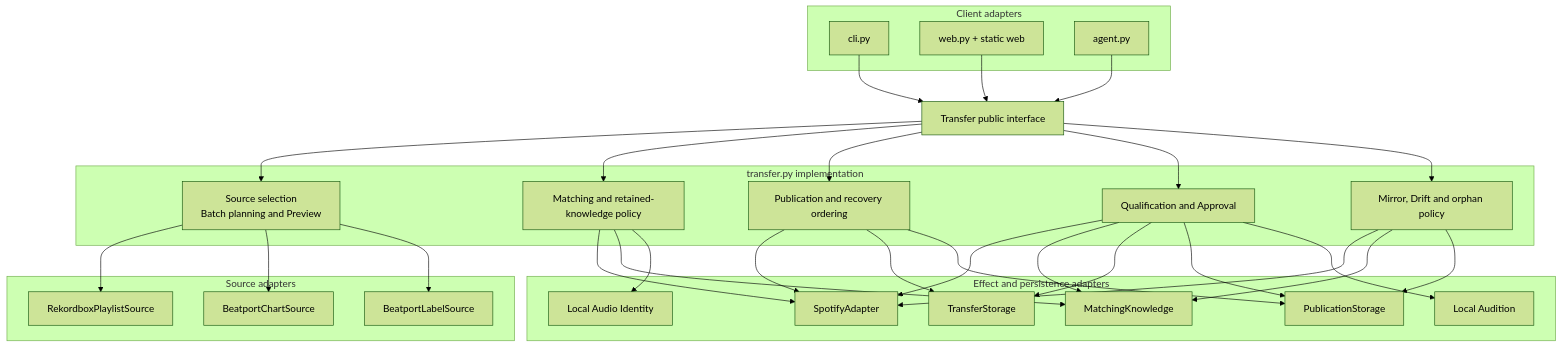
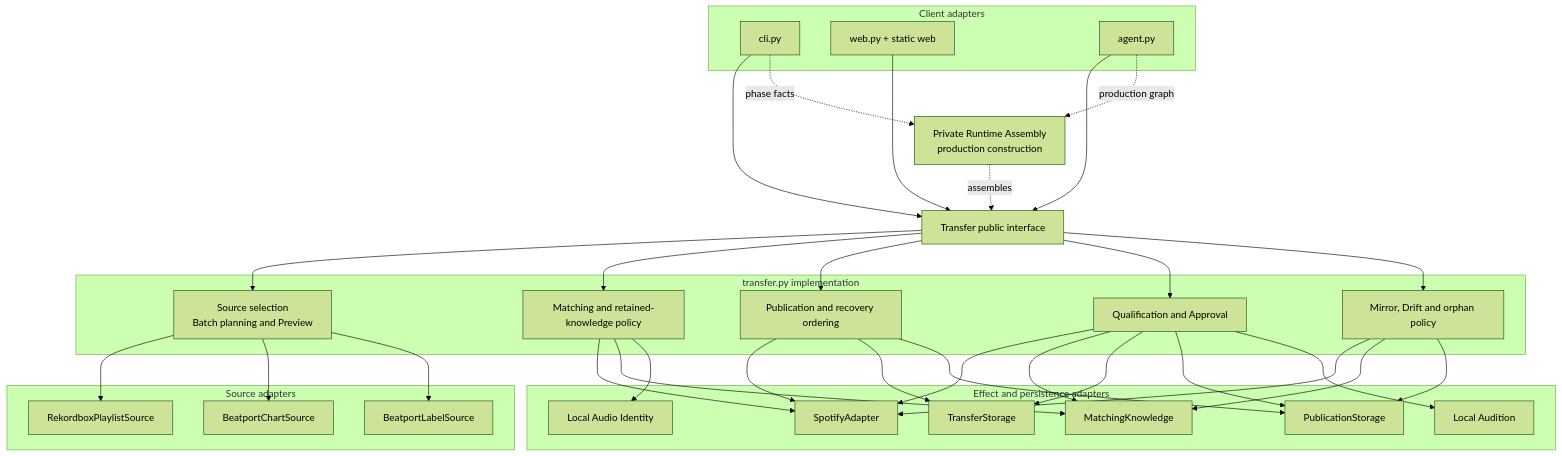
The second of 2 diagrams in docs/architecture.md (spontain112/djsupport), drawn with Mermaid (forest theme) before and after one commit. The commit also changed other lines of this file and 9 other files, not shown here.

Commit message:
refactor: centralize runtime assembly (#135)

````diff
--- a/docs/architecture.md
+++ b/docs/architecture.md
@@ -69,59 +69,63 @@
 ```mermaid
 flowchart TB
     subgraph ClientAdapters["Client adapters"]
         CLI["cli.py"]
         WEB["web.py + static web"]
         AGENT["agent.py"]
     end
 
+    RUNTIME["Private Runtime Assembly<br/>production construction"]
     INTERFACE["Transfer public interface"]
 
     subgraph TransferModule["transfer.py implementation"]
         PLAN["Source selection<br/>Batch planning and Preview"]
         MATCH["Matching and retained-knowledge policy"]
         PUBLISH["Publication and recovery ordering"]
         QUALIFY["Qualification and Approval"]
         MIRROR["Mirror, Drift and orphan policy"]
     end
 
     subgraph SourceAdapters["Source adapters"]
         REKORDBOX["RekordboxPlaylistSource"]
         CHART["BeatportChartSource"]
         LABEL["BeatportLabelSource"]
     end
 
     subgraph EffectAdapters["Effect and persistence adapters"]
         SPOTIFY["SpotifyAdapter"]
         KNOWLEDGE["MatchingKnowledge"]
         TRANSFERSTORE["TransferStorage"]
         PUBLICATIONSTORE["PublicationStorage"]
         IDENTITY["Local Audio Identity"]
         AUDITION["Local Audition"]
     end
 
     CLI --> INTERFACE
     WEB --> INTERFACE
     AGENT --> INTERFACE
+    CLI -. phase facts .-> RUNTIME
+    AGENT -. production graph .-> RUNTIME
+    RUNTIME -. assembles .-> INTERFACE
     INTERFACE --> PLAN
     INTERFACE --> MATCH
     INTERFACE --> PUBLISH
     INTERFACE --> QUALIFY
     INTERFACE --> MIRROR
     PLAN --> REKORDBOX
     PLAN --> CHART
     PLAN --> LABEL
     MATCH --> SPOTIFY
     MATCH --> KNOWLEDGE
     MATCH --> IDENTITY
     PUBLISH --> SPOTIFY
     PUBLISH --> TRANSFERSTORE
     PUBLISH --> PUBLICATIONSTORE
     QUALIFY --> SPOTIFY
     QUALIFY --> KNOWLEDGE
     QUALIFY --> TRANSFERSTORE
     QUALIFY --> PUBLICATIONSTORE
     QUALIFY --> AUDITION
     MIRROR --> SPOTIFY
     MIRROR --> KNOWLEDGE
     MIRROR --> PUBLICATIONSTORE
 ```
````
